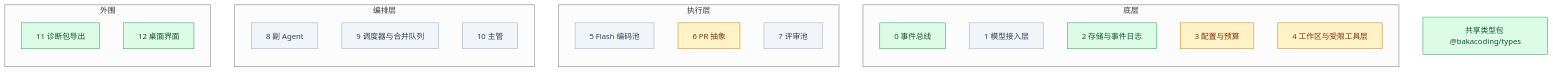
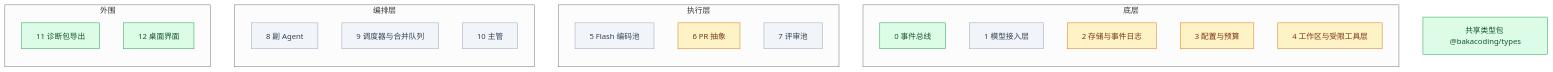
The diagram in docs/progress.md (Akarin7784/BakaCoding), drawn with Mermaid (neutral theme) before and after one commit. The commit also changed other lines of this file and 5 other files, not shown here.

````diff
--- a/docs/progress.md
+++ b/docs/progress.md
@@ -11,33 +11,33 @@
 ```mermaid
 flowchart BT
   subgraph 底层
     M0[0 事件总线]
     M1[1 模型接入层]
     M2[2 存储与事件日志]
     M3[3 配置与预算]
     M4[4 工作区与受限工具层]
   end
   subgraph 执行层
     M5[5 Flash 编码池]
     M6[6 PR 抽象]
     M7[7 评审池]
   end
   subgraph 编排层
     M8[8 副 Agent]
     M9[9 调度器与合并队列]
     M10[10 主管]
   end
   subgraph 外围
     M11[11 诊断包导出]
     M12[12 桌面界面]
   end
   T[共享类型包 @bakacoding/types]
 
   classDef todo fill:#f1f5f9,stroke:#94a3b8,color:#334155
   classDef doing fill:#fef3c7,stroke:#d97706,color:#78350f
   classDef done fill:#dcfce7,stroke:#16a34a,color:#14532d
 
-  class M0,M2,M11,M12,T done
-  class M3,M4,M6 doing
+  class M0,M11,M12,T done
+  class M2,M3,M4,M6 doing
   class M1,M5,M7,M8,M9,M10 todo
 ```
````
